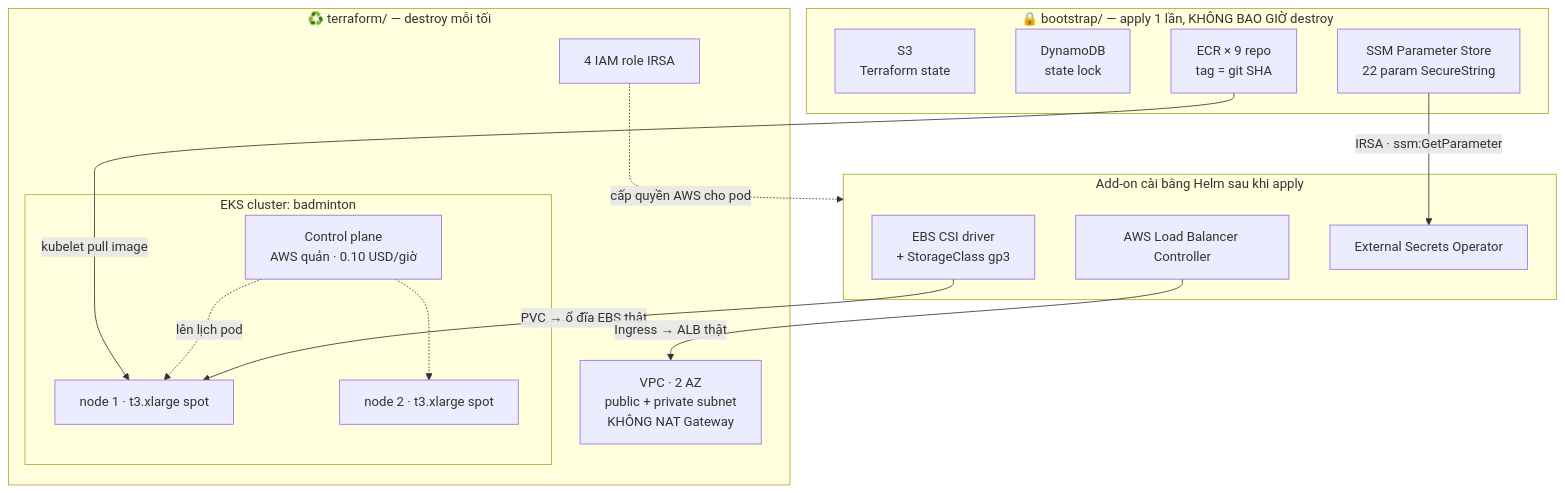
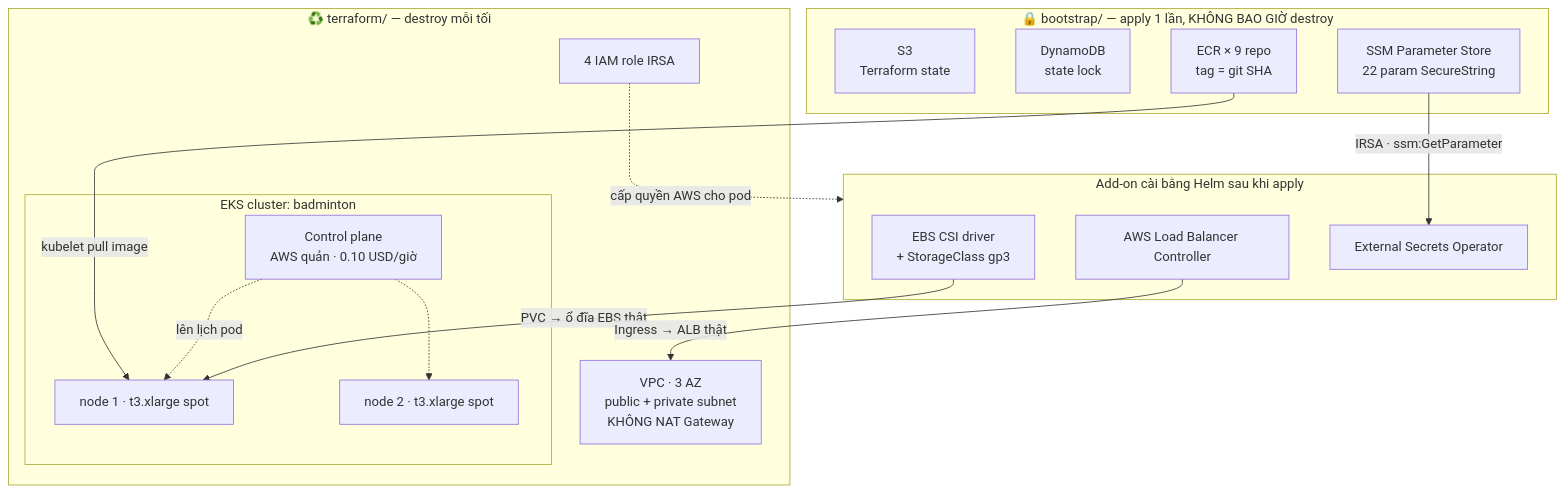
Before and after one commit to phucgigital03/BadmintonHub: the diagram in docs/DAY3-EXPLAINED.md, drawn with Mermaid. The commit also changed other lines of this file and 1 other file, not shown here.

````diff
--- a/docs/DAY3-EXPLAINED.md
+++ b/docs/DAY3-EXPLAINED.md
@@ -76,33 +76,33 @@
 ```mermaid
 flowchart TB
   subgraph BOOT["🔒 bootstrap/ — apply 1 lần, KHÔNG BAO GIỜ destroy"]
     S3["S3<br/>Terraform state"]
     DDB["DynamoDB<br/>state lock"]
     ECR["ECR × 9 repo<br/>tag = git SHA"]
     SSM["SSM Parameter Store<br/>22 param SecureString"]
   end
 
   subgraph EPH["♻️ terraform/ — destroy mỗi tối"]
-    VPC["VPC · 2 AZ<br/>public + private subnet<br/>KHÔNG NAT Gateway"]
+    VPC["VPC · 3 AZ<br/>public + private subnet<br/>KHÔNG NAT Gateway"]
     subgraph EKS["EKS cluster: badminton"]
       CP["Control plane<br/>AWS quản · 0.10 USD/giờ"]
       N1["node 1 · t3.xlarge spot"]
       N2["node 2 · t3.xlarge spot"]
     end
     IRSA["4 IAM role IRSA"]
   end
 
   subgraph ADDON["Add-on cài bằng Helm sau khi apply"]
     CSI["EBS CSI driver<br/>+ StorageClass gp3"]
     LBC["AWS Load Balancer Controller"]
     ESO["External Secrets Operator"]
   end
 
   ECR -->|"kubelet pull image"| N1
   SSM -->|"IRSA · ssm:GetParameter"| ESO
   IRSA -.->|"cấp quyền AWS cho pod"| ADDON
   CP -.->|"lên lịch pod"| N1
   CP -.-> N2
   CSI -->|"PVC → ổ đĩa EBS thật"| N1
   LBC -->|"Ingress → ALB thật"| VPC
 ```
````
